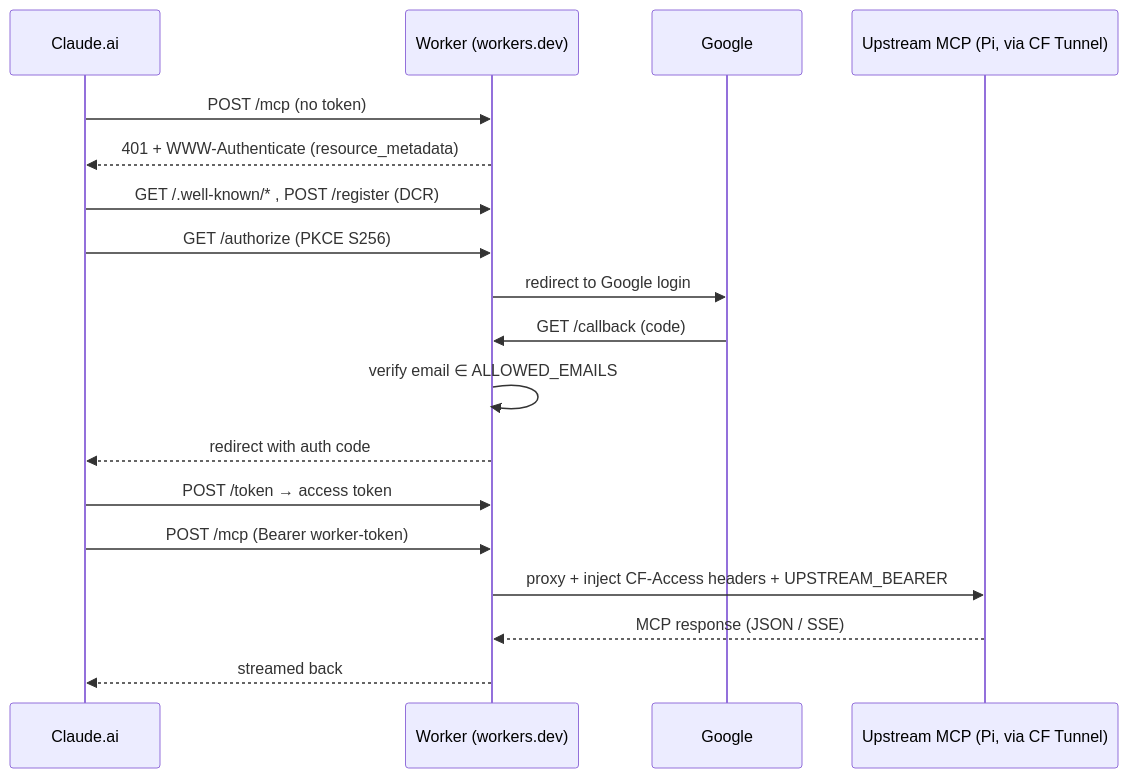
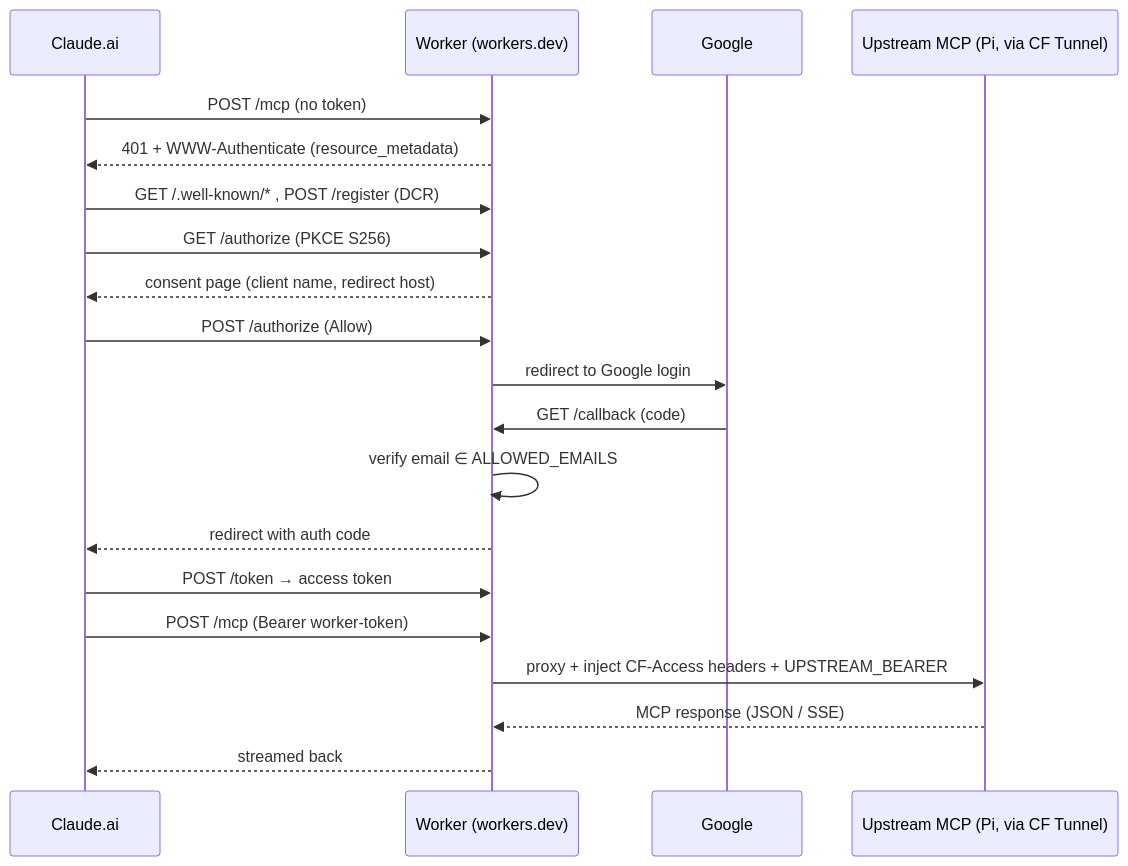
Before and after one commit to giocaizzi/rp5-homeserver: the diagram in workers/mcp-connector/README.md, drawn with Mermaid. The commit also changed other lines of this file and 5 other files, not shown here.

````diff
--- a/workers/mcp-connector/README.md
+++ b/workers/mcp-connector/README.md
@@ -39,21 +39,23 @@
 ```mermaid
 sequenceDiagram
     participant C as Claude.ai
     participant W as Worker (workers.dev)
     participant G as Google
     participant P as Upstream MCP (Pi, via CF Tunnel)
 
     C->>W: POST /mcp (no token)
     W-->>C: 401 + WWW-Authenticate (resource_metadata)
     C->>W: GET /.well-known/* , POST /register (DCR)
     C->>W: GET /authorize (PKCE S256)
+    W-->>C: consent page (client name, redirect host)
+    C->>W: POST /authorize (Allow)
     W->>G: redirect to Google login
     G->>W: GET /callback (code)
     W->>W: verify email ∈ ALLOWED_EMAILS
     W-->>C: redirect with auth code
     C->>W: POST /token  → access token
     C->>W: POST /mcp (Bearer worker-token)
     W->>P: proxy + inject CF-Access headers + UPSTREAM_BEARER
     P-->>W: MCP response (JSON / SSE)
     W-->>C: streamed back
 ```
````
